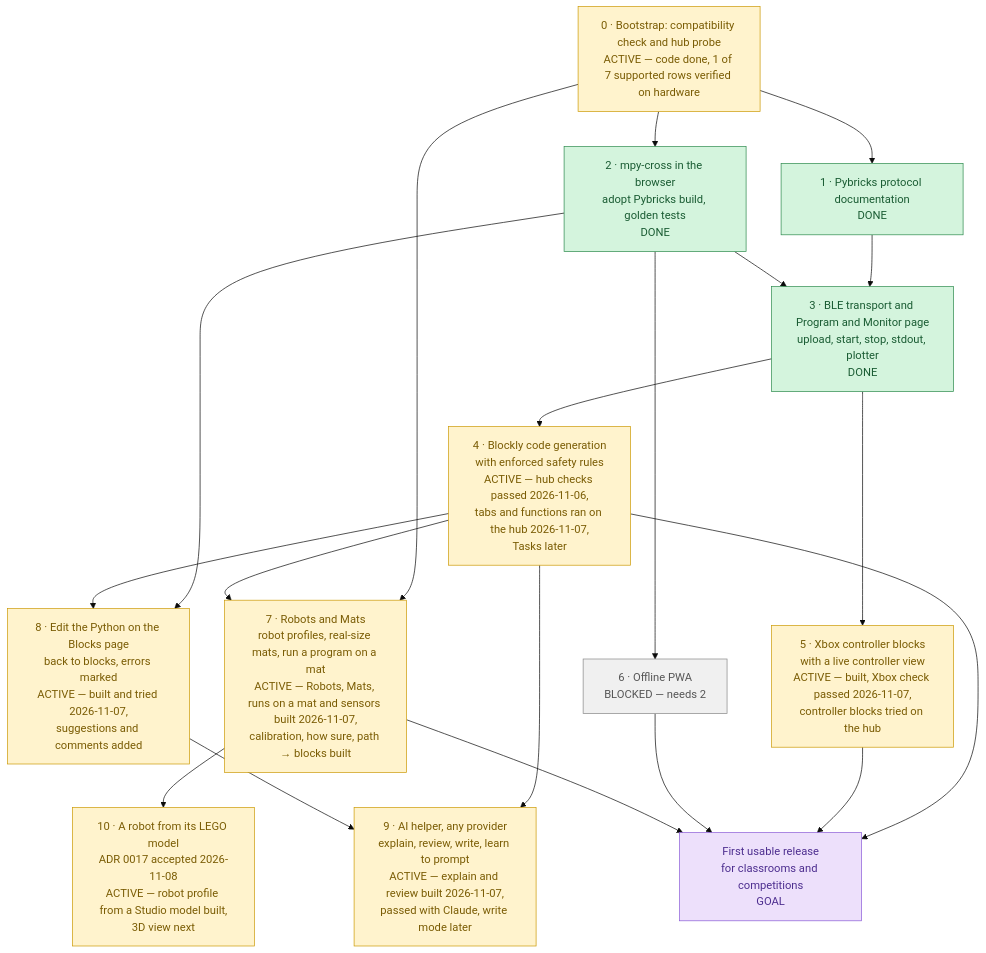
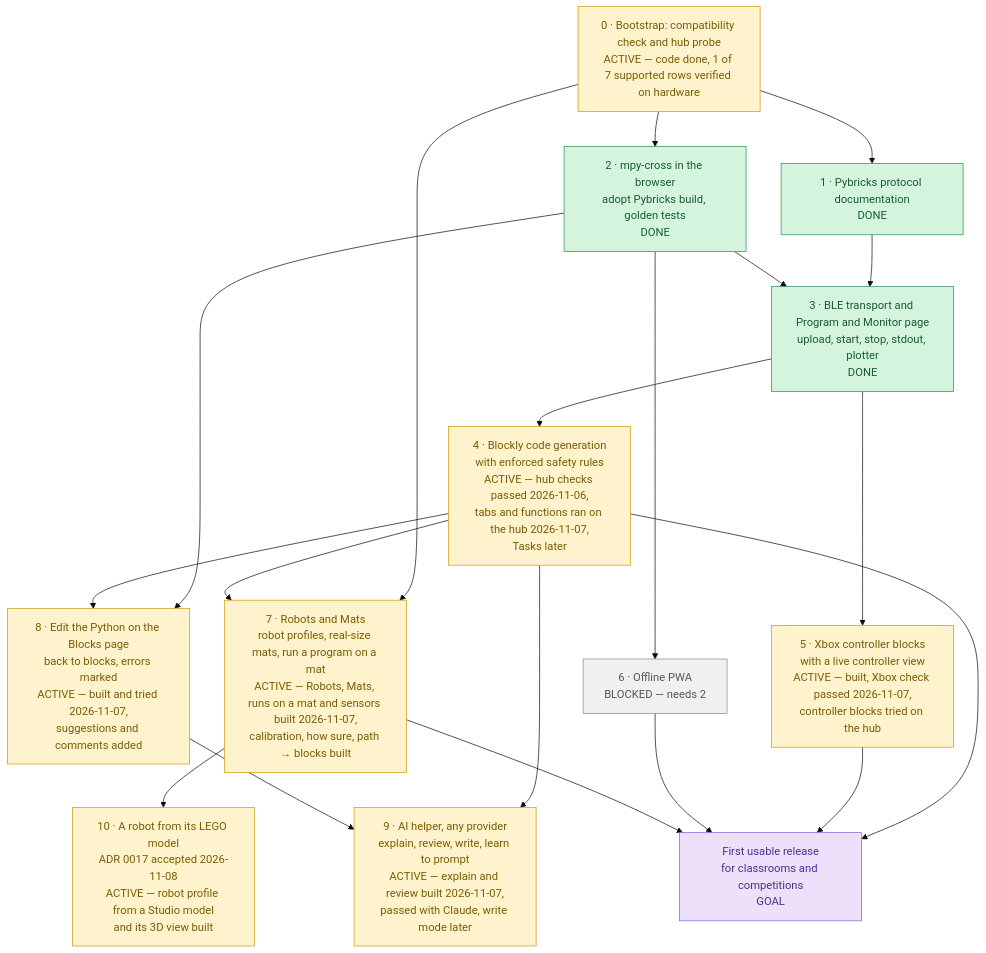
Before and after one commit to lumduan/matpilot: the diagram in docs/roadmap.md, drawn with Mermaid (base theme). The commit also changed other lines of this file and 1647 other files, not shown here.

First line of the commit message:
feat(robots): show a robot's LEGO model in 3D (ADR 0017, step 10a-2)

````diff
--- a/docs/roadmap.md
+++ b/docs/roadmap.md
@@ -10,50 +10,50 @@
 ```mermaid
 flowchart TD
     M0["0 · Bootstrap: compatibility check and hub probe<br/>ACTIVE — code done, 1 of 7 supported rows verified on hardware"]
     M1["1 · Pybricks protocol documentation<br/>DONE"]
     M2["2 · mpy-cross in the browser<br/>adopt Pybricks build, golden tests<br/>DONE"]
     M3["3 · BLE transport and Program and Monitor page<br/>upload, start, stop, stdout, plotter<br/>DONE"]
     M4["4 · Blockly code generation<br/>with enforced safety rules<br/>ACTIVE — hub checks passed 2026-11-06,<br/>tabs and functions ran on the hub 2026-11-07,<br/>Tasks later"]
     M5["5 · Xbox controller blocks<br/>with a live controller view<br/>ACTIVE — built, Xbox check passed 2026-11-07,<br/>controller blocks tried on the hub"]
     M6["6 · Offline PWA<br/>BLOCKED — needs 2"]
     M7["7 · Robots and Mats<br/>robot profiles, real-size mats, run a program on a mat<br/>ACTIVE — Robots, Mats, runs on a mat and sensors built 2026-11-07,<br/>calibration, how sure, path → blocks built"]
-    M10["10 · A robot from its LEGO model<br/>ADR 0017 accepted 2026-11-08<br/>ACTIVE — robot profile from a Studio model built,<br/>3D view next"]
+    M10["10 · A robot from its LEGO model<br/>ADR 0017 accepted 2026-11-08<br/>ACTIVE — robot profile from a Studio model<br/>and its 3D view built"]
     M8["8 · Edit the Python on the Blocks page<br/>back to blocks, errors marked<br/>ACTIVE — built and tried 2026-11-07,<br/>suggestions and comments added"]
     M9["9 · AI helper, any provider<br/>explain, review, write, learn to prompt<br/>ACTIVE — explain and review built 2026-11-07,<br/>passed with Claude, write mode later"]
     GOAL["First usable release<br/>for classrooms and competitions<br/>GOAL"]
 
     M0 --> M1
     M0 --> M2
     M0 --> M7
     M4 --> M7
     M7 --> M10
     M1 --> M3
     M2 --> M3
     M3 --> M4
     M3 --> M5
     M2 --> M6
     M4 --> GOAL
     M5 --> GOAL
     M6 --> GOAL
     M7 --> GOAL
     M2 --> M8
     M4 --> M8
     M4 --> M9
     M8 --> M9
 
     classDef done     fill:#d4f4dd,stroke:#2d8a4e,color:#1a5c33
     classDef active   fill:#fff3cd,stroke:#cc9a06,color:#7a5c04
     classDef ready    fill:#d6e9ff,stroke:#3b7dd8,color:#1e4d8f
     classDef blocked  fill:#f0f0f0,stroke:#888,color:#555
     classDef goal     fill:#ede0fb,stroke:#8a5cd8,color:#4d2e8f
     classDef decision fill:#fde0e0,stroke:#d05555,color:#8f2e2e
 
     class M0,M4,M5 active
     class M1,M2,M3 done
     class M7 active
     class M6 blocked
     class M10 active
     class GOAL goal
     class M8 active
     class M9 active
 ```
````
